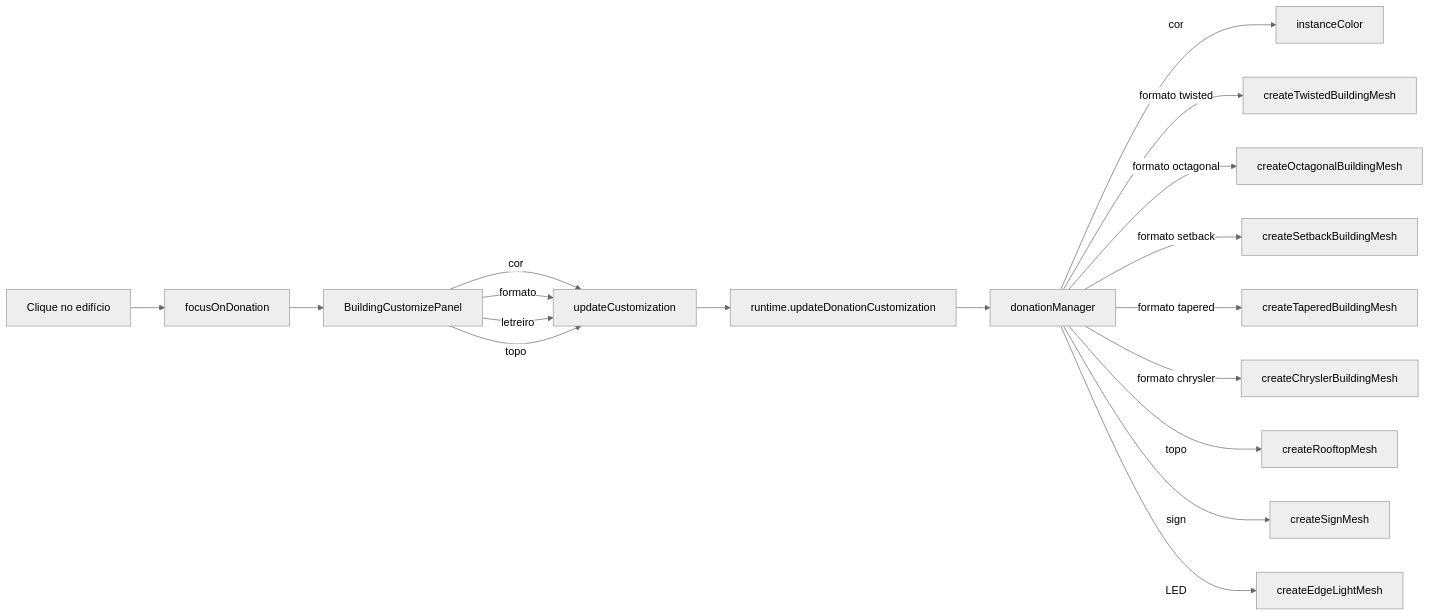
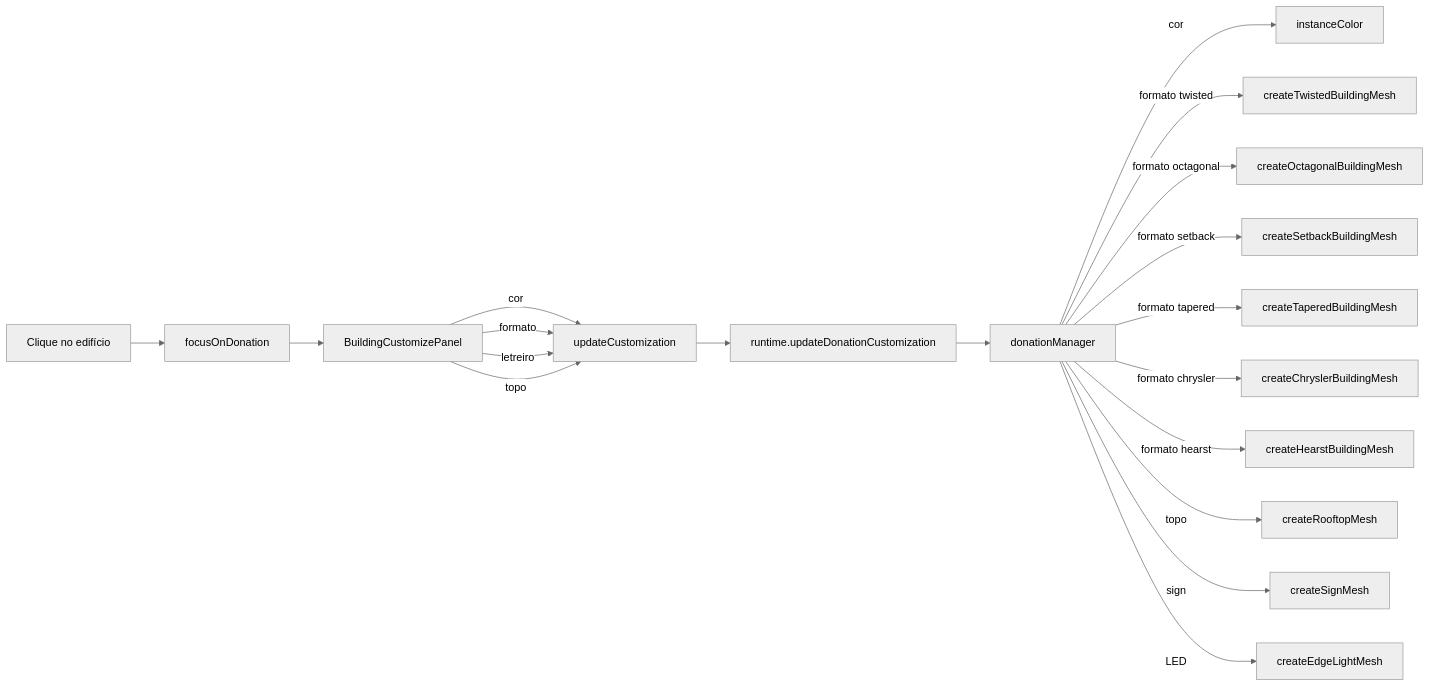
The second of 2 diagrams in doc-pixcity/index.md (RaeII/pixcity), drawn with Mermaid (neutral theme) before and after one commit. The commit also changed other lines of this file and 11 other files, not shown here.

````diff
--- a/doc-pixcity/index.md
+++ b/doc-pixcity/index.md
@@ -195,20 +197,21 @@
 ```mermaid
 flowchart LR
     Click[Clique no edifício] --> Focus[focusOnDonation]
     Focus --> Panel[BuildingCustomizePanel]
     Panel --> |cor| UC[updateCustomization]
     Panel --> |formato| UC
     Panel --> |letreiro| UC
     Panel --> |topo| UC
     UC --> Runtime[runtime.updateDonationCustomization]
     Runtime --> DM[donationManager]
     DM --> |cor| IC[instanceColor]
     DM --> |formato twisted| TW[createTwistedBuildingMesh]
     DM --> |formato octagonal| OC[createOctagonalBuildingMesh]
     DM --> |formato setback| SB[createSetbackBuildingMesh]
     DM --> |formato tapered| TP[createTaperedBuildingMesh]
     DM --> |formato chrysler| CH[createChryslerBuildingMesh]
+    DM --> |formato hearst| HT[createHearstBuildingMesh]
     DM --> |topo| RM[createRooftopMesh]
     DM --> |sign| SM[createSignMesh]
     DM --> |LED| EL[createEdgeLightMesh]
 ```
````
